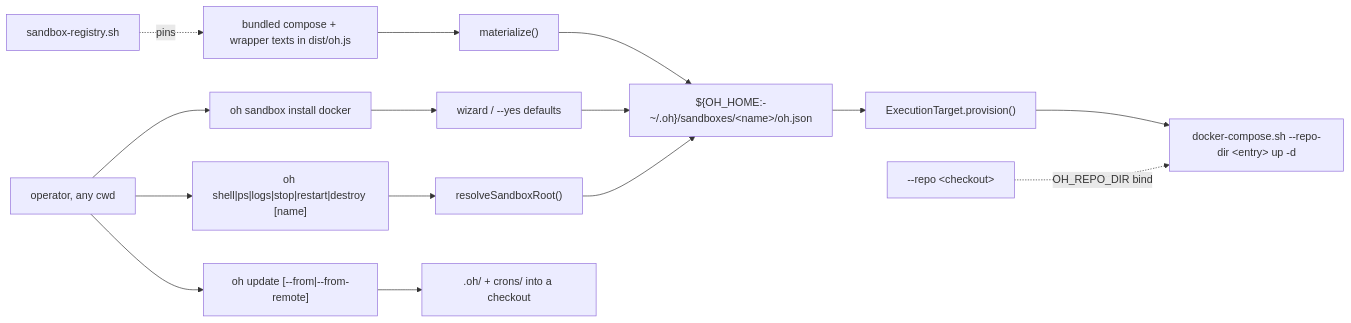
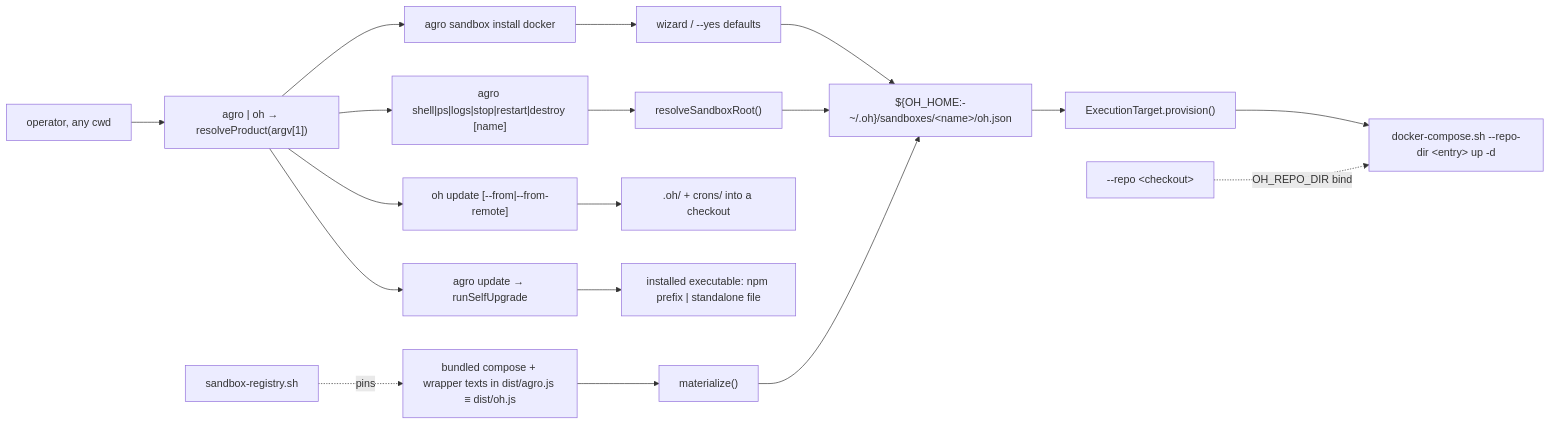
The diagram in .oh/knowledge/source/oh-cli-portable-lifecycle.md (ryaneggz/open-harness), drawn with Mermaid before and after one commit. The commit also changed other lines of this file and 59 other files, not shown here.

First line of the commit message:
FROM feat/941-agro-cli-entry TO development (#990)

````diff
--- a/.oh/knowledge/source/oh-cli-portable-lifecycle.md
+++ b/.oh/knowledge/source/oh-cli-portable-lifecycle.md
@@ -82,11 +93,13 @@
 ```mermaid
 flowchart LR
-  OP[operator, any cwd] --> SI["oh sandbox install docker"]
+  OP[operator, any cwd] --> RP["agro | oh → resolveProduct(argv[1])"]
+  RP --> SI["agro sandbox install docker"]
   SI --> WZ[wizard / --yes defaults] --> ENTRY["${OH_HOME:-~/.oh}/sandboxes/&lt;name&gt;/oh.json"]
-  BUNDLE[bundled compose + wrapper texts in dist/oh.js] --> MAT["materialize()"] --> ENTRY
+  BUNDLE[bundled compose + wrapper texts in dist/agro.js ≡ dist/oh.js] --> MAT["materialize()"] --> ENTRY
   ENTRY --> PV["ExecutionTarget.provision()"] --> DC["docker-compose.sh --repo-dir &lt;entry&gt; up -d"]
   REPO["--repo &lt;checkout&gt;"] -. OH_REPO_DIR bind .-> DC
-  OP --> SH["oh shell|ps|logs|stop|restart|destroy [name]"] --> RS["resolveSandboxRoot()"] --> ENTRY
-  OP --> UP["oh update [--from|--from-remote]"] --> PAYLOAD[".oh/ + crons/ into a checkout"]
+  RP --> SH["agro shell|ps|logs|stop|restart|destroy [name]"] --> RS["resolveSandboxRoot()"] --> ENTRY
+  RP --> UP["oh update [--from|--from-remote]"] --> PAYLOAD[".oh/ + crons/ into a checkout"]
+  RP --> SU["agro update → runSelfUpgrade"] --> EXE["installed executable: npm prefix | standalone file"]
   PROBE[sandbox-registry.sh] -.pins.-> BUNDLE
 ```
````
